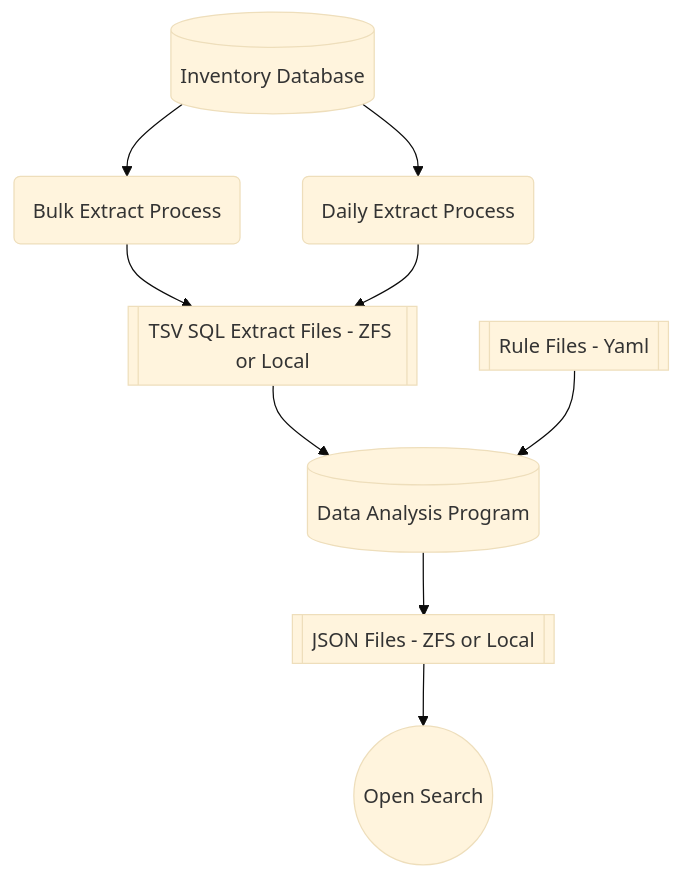
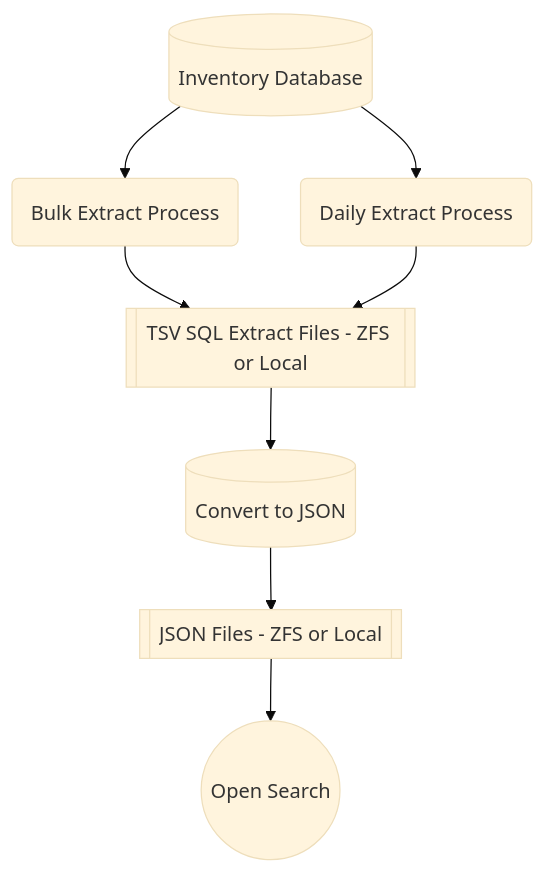
One commit to CDLUC3/mrt-cron changed the diagram in coll-health/README.md. Above: the diagram before and after it, drawn with Mermaid (base theme). The commit also changed other lines of this file, not shown here.

````diff
--- a/coll-health/README.md
+++ b/coll-health/README.md
@@ -5,19 +5,17 @@
 ```mermaid
   graph TD;
       INV_DB[(Inventory Database)]
       INV_DB-->Bulk_Extract;
       INV_DB-->Daily_Extract;
       TSV_Files[[TSV SQL Extract Files - ZFS or Local]]
       JSON_Files[[JSON Files - ZFS or Local]]
       Bulk_Extract(Bulk Extract Process);
       Bulk_Extract-->TSV_Files;
       Daily_Extract(Daily Extract Process);
       Daily_Extract-->TSV_Files;
       TSV_Files-->Analysis_Prog;
-      Analysis_Prog[(Data Analysis Program)]
+      Analysis_Prog[(Convert to JSON)]
       Analysis_Prog-->JSON_Files;
-      RuleFile[[Rule Files - Yaml]]
-      RuleFile-->Analysis_Prog
       OpenSearch((Open Search))
       JSON_Files-->OpenSearch;
 ```
````
